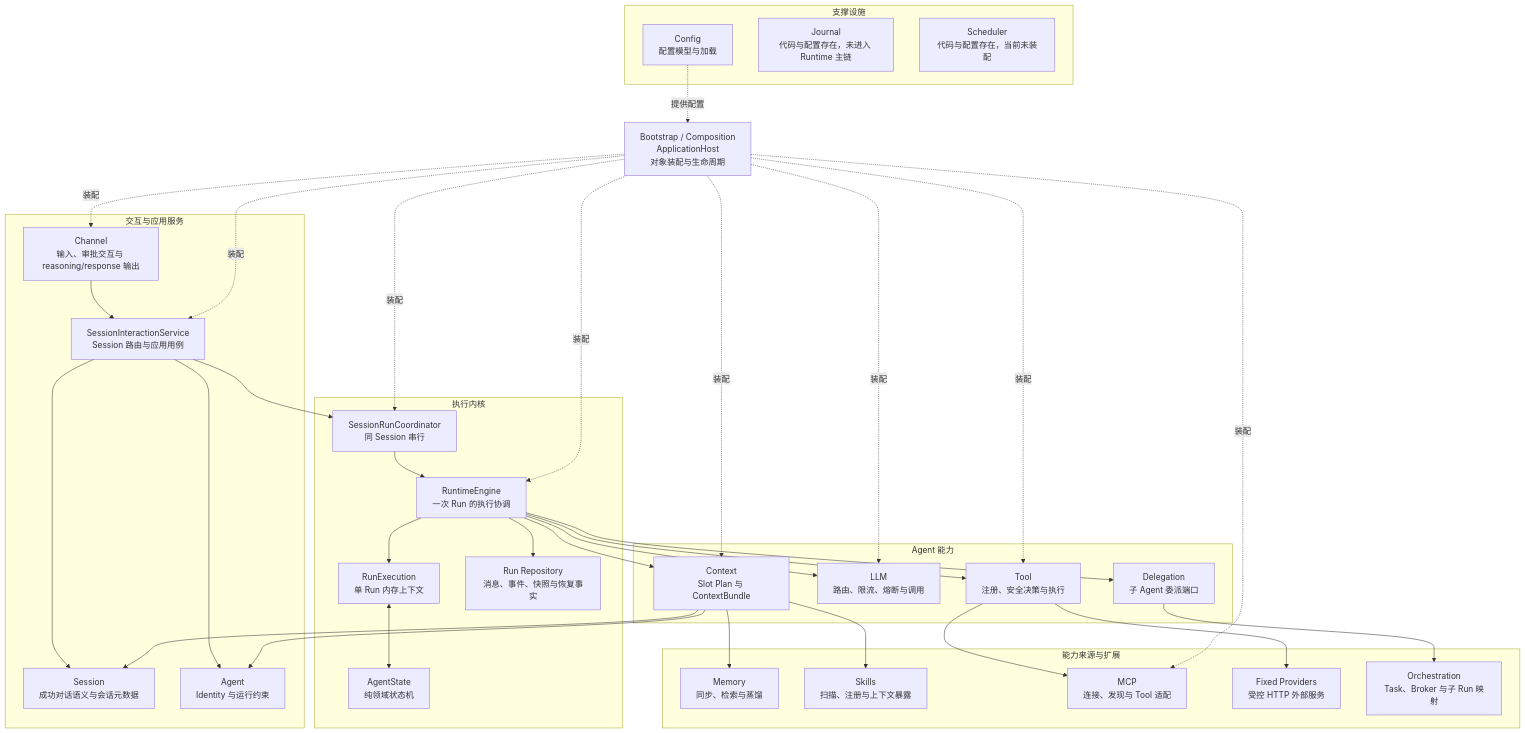
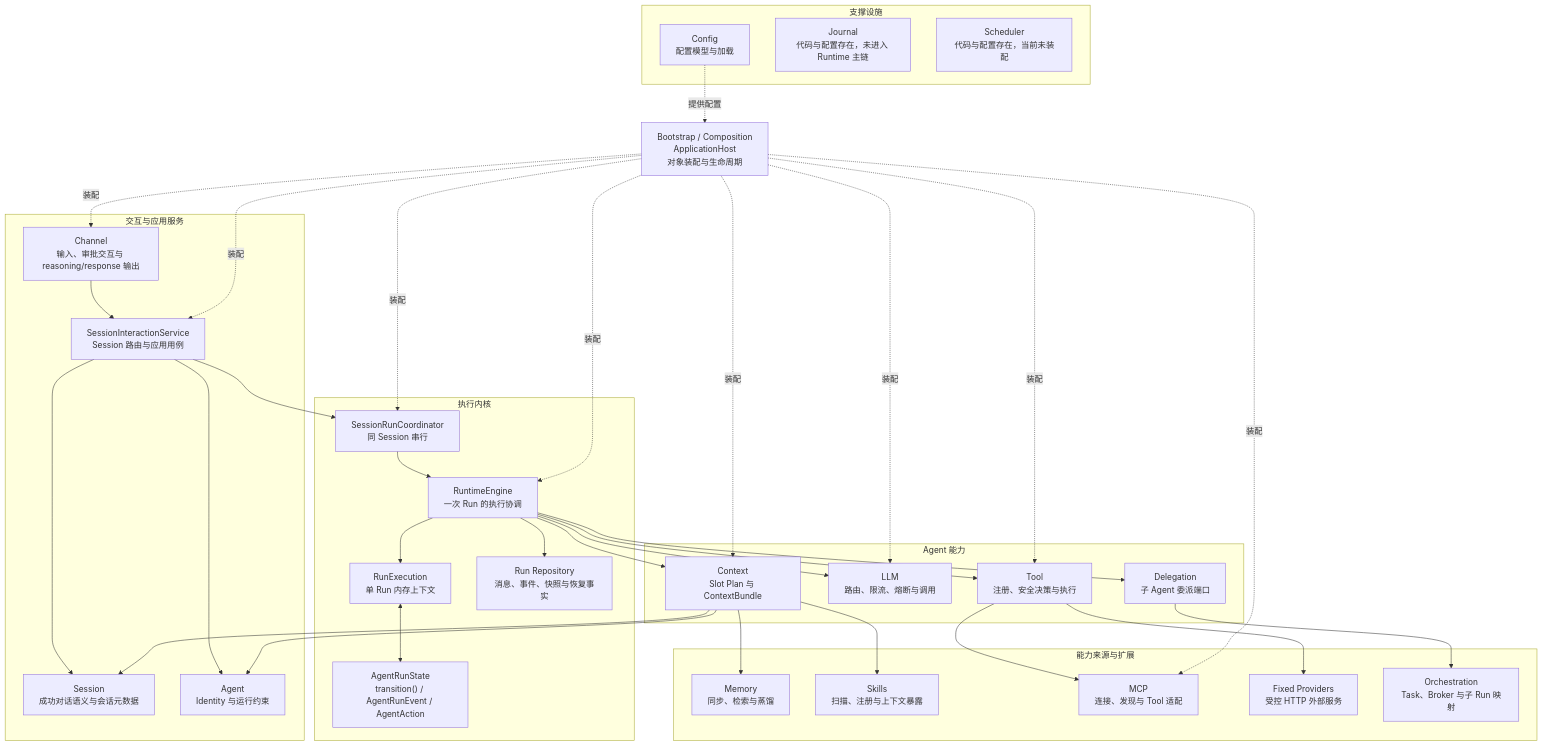
Before and after one commit to aandbcct/dotClaw: the first of 5 diagrams in docs/wiki/readme.md, drawn with Mermaid. The commit also changed other lines of this file and 12 other files, not shown here.

````diff
--- a/docs/wiki/readme.md
+++ b/docs/wiki/readme.md
@@ -13,75 +13,75 @@
 ```mermaid
 flowchart TB
     Bootstrap["Bootstrap / Composition<br/>ApplicationHost<br/>对象装配与生命周期"]
 
     subgraph Entry["交互与应用服务"]
         Channel["Channel<br/>输入、审批交互与 reasoning/response 输出"]
         Interaction["SessionInteractionService<br/>Session 路由与应用用例"]
         Session["Session<br/>成功对话语义与会话元数据"]
         Agent["Agent<br/>Identity 与运行约束"]
     end
 
     subgraph RuntimeCore["执行内核"]
         Coordinator["SessionRunCoordinator<br/>同 Session 串行"]
         Engine["RuntimeEngine<br/>一次 Run 的执行协调"]
         Execution["RunExecution<br/>单 Run 内存上下文"]
-        State["AgentState<br/>纯领域状态机"]
+        State["AgentRunState<br/>transition() / AgentRunEvent / AgentAction"]
         RunFacts["Run Repository<br/>消息、事件、快照与恢复事实"]
     end
 
     subgraph Capabilities["Agent 能力"]
         Context["Context<br/>Slot Plan 与 ContextBundle"]
         LLM["LLM<br/>路由、限流、熔断与调用"]
         Tool["Tool<br/>注册、安全决策与执行"]
         Delegation["Delegation<br/>子 Agent 委派端口"]
     end
 
     subgraph Sources["能力来源与扩展"]
         Memory["Memory<br/>同步、检索与蒸馏"]
         Skills["Skills<br/>扫描、注册与上下文暴露"]
         MCP["MCP<br/>连接、发现与 Tool 适配"]
         Providers["Fixed Providers<br/>受控 HTTP 外部服务"]
         Orchestration["Orchestration<br/>Task、Broker 与子 Run 映射"]
     end
 
     subgraph Support["支撑设施"]
         Config["Config<br/>配置模型与加载"]
         Journal["Journal<br/>代码与配置存在，未进入 Runtime 主链"]
         Scheduler["Scheduler<br/>代码与配置存在，当前未装配"]
     end
 
     Channel --> Interaction
     Interaction --> Coordinator
     Interaction --> Session
     Interaction --> Agent
 
     Coordinator --> Engine
     Engine --> Execution
     Execution <--> State
     Engine --> RunFacts
 
     Engine --> Context
     Engine --> LLM
     Engine --> Tool
     Engine --> Delegation
 
     Context --> Memory
     Context --> Skills
     Context --> Agent
     Context --> Session
 
     Tool --> MCP
     Tool --> Providers
     Delegation --> Orchestration
 
     Bootstrap -.装配.-> Channel
     Bootstrap -.装配.-> Interaction
     Bootstrap -.装配.-> Coordinator
     Bootstrap -.装配.-> Engine
     Bootstrap -.装配.-> Context
     Bootstrap -.装配.-> LLM
     Bootstrap -.装配.-> Tool
     Bootstrap -.装配.-> MCP
 
     Config -.提供配置.-> Bootstrap
 ```
````
